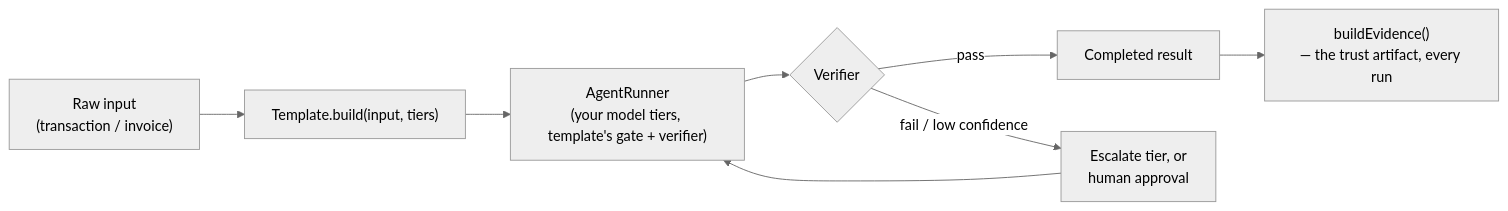
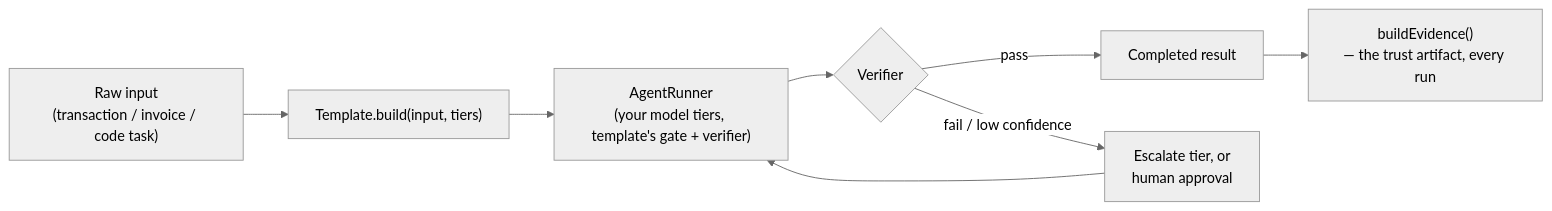
Before and after one commit to balureddy003/Naro: the diagram in templates/README.md, drawn with Mermaid (neutral theme). The commit also changed other lines of this file and 7 other files, not shown here.

````diff
--- a/templates/README.md
+++ b/templates/README.md
@@ -12,10 +12,10 @@
 ```mermaid
 flowchart LR
-    DATA["Raw input<br/>(transaction / invoice)"] --> T["Template.build(input, tiers)"]
+    DATA["Raw input<br/>(transaction / invoice / code task)"] --> T["Template.build(input, tiers)"]
     T --> RUN["AgentRunner<br/>(your model tiers, template's gate + verifier)"]
     RUN --> V{"Verifier"}
     V -->|pass| RESULT["Completed result"]
     V -->|fail / low confidence| ESC["Escalate tier, or<br/>human approval"]
     ESC --> RUN
     RESULT --> EV["buildEvidence()<br/>— the trust artifact, every run"]
 ```
````
